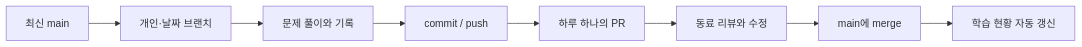
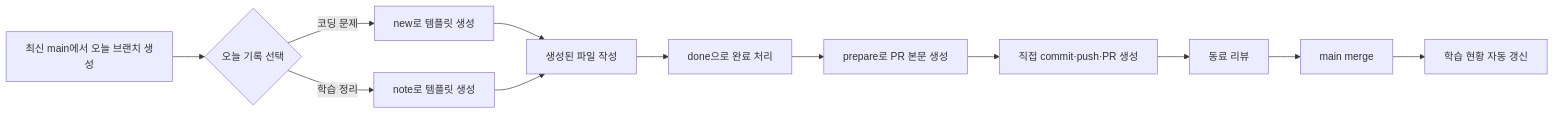
Before and after one commit to bk123477/codingtest_2026: the diagram in README.md, drawn with Mermaid. The commit also changed other lines of this file and 12 other files, not shown here.

````diff
--- a/README.md
+++ b/README.md
@@ -12,10 +13,14 @@
 ```mermaid
 flowchart LR
-    A[최신 main] --> B[개인·날짜 브랜치]
-    B --> C[문제 풀이와 기록]
-    C --> D[commit / push]
-    D --> E[하루 하나의 PR]
-    E --> F[동료 리뷰와 수정]
-    F --> G[main에 merge]
-    G --> H[학습 현황 자동 갱신]
+    A[최신 main에서 오늘 브랜치 생성] --> B{오늘 기록 선택}
+    B -->|코딩 문제| C[new로 템플릿 생성]
+    B -->|학습 정리| D[note로 템플릿 생성]
+    C --> E[생성된 파일 작성]
+    D --> E
+    E --> F[done으로 완료 처리]
+    F --> G[prepare로 PR 본문 생성]
+    G --> H[직접 commit·push·PR 생성]
+    H --> I[동료 리뷰]
+    I --> J[main merge]
+    J --> K[학습 현황 자동 갱신]
 ```
````
